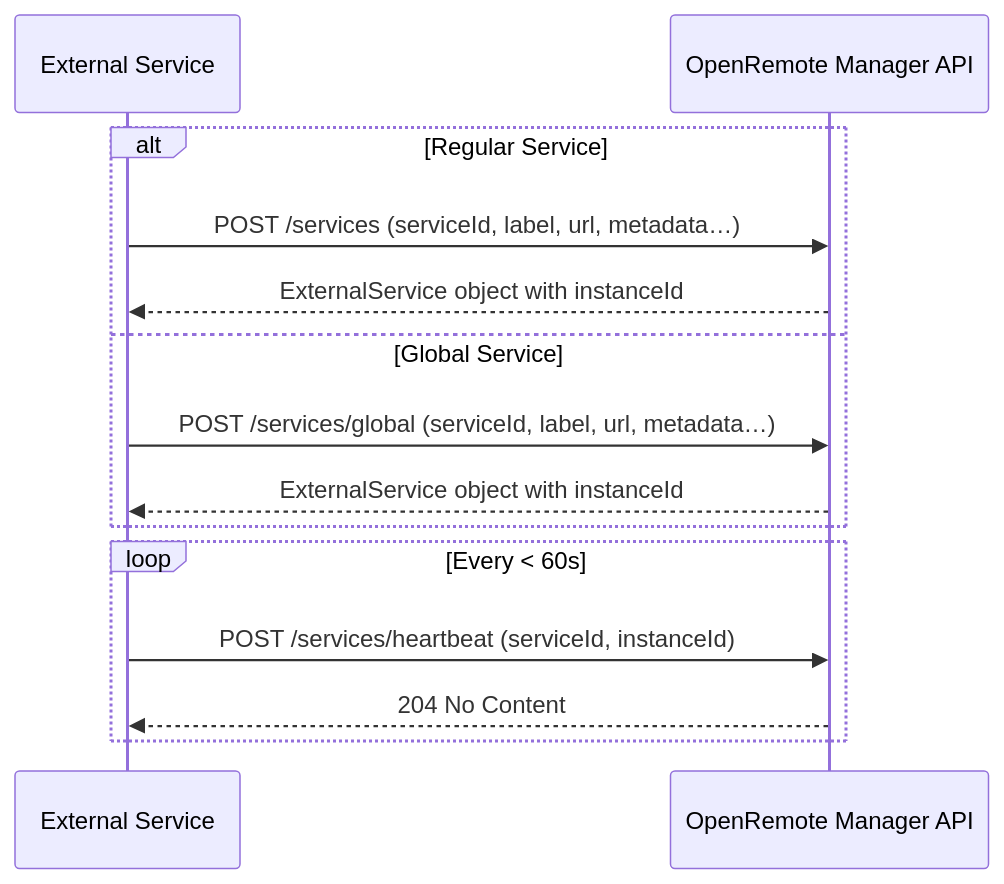
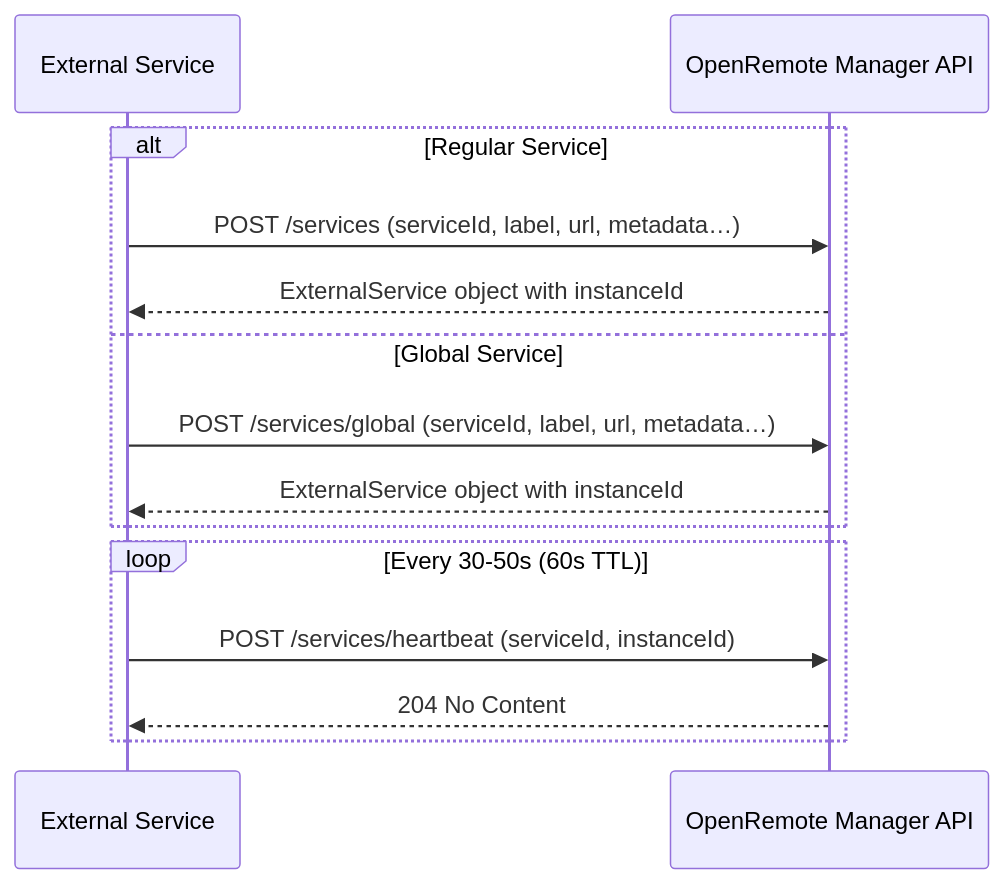
The diagram in docs/developer-guide/external-services.md (openremote/documentation), drawn with Mermaid before and after one commit. The commit also changed other lines of this file, not shown here.

````diff
--- a/docs/developer-guide/external-services.md
+++ b/docs/developer-guide/external-services.md
@@ -174,18 +173,18 @@
 ```mermaid
 sequenceDiagram
     participant Service as External Service
     participant OR as OpenRemote Manager API
 
     alt Regular Service
         Service->>OR: POST /services (serviceId, label, url, metadata…)
         OR-->>Service: ExternalService object with instanceId
     else Global Service
         Service->>OR: POST /services/global (serviceId, label, url, metadata…)
         OR-->>Service: ExternalService object with instanceId
     end
 
-    loop Every < 60s
+    loop Every 30-50s (60s TTL)
         Service->>OR: POST /services/heartbeat (serviceId, instanceId)
         OR-->>Service: 204 No Content
     end
 ```
````
